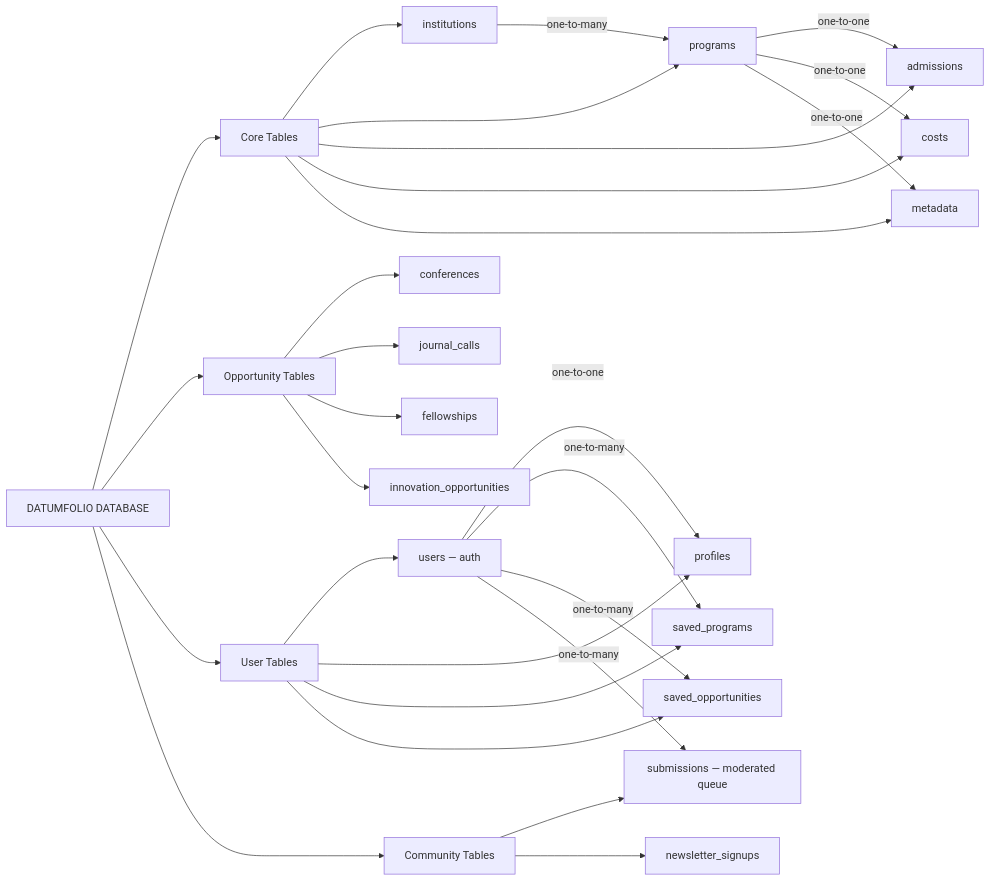
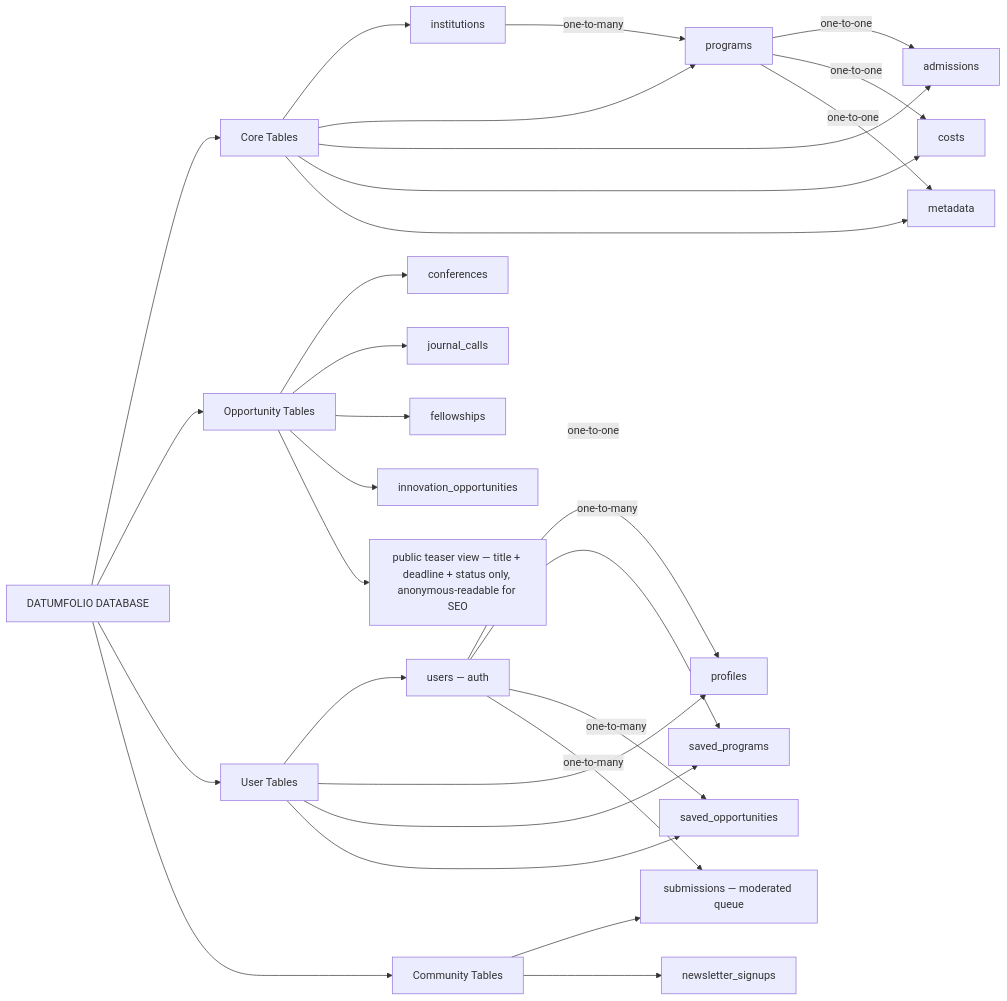
One commit to zeshan67/DatumFolio changed the second of 4 diagrams in PRD.md. Above: the diagram before and after it, drawn with Mermaid. The commit also changed other lines of this file, not shown here.

````diff
--- a/PRD.md
+++ b/PRD.md
@@ -399,39 +403,40 @@
 ```mermaid
 flowchart LR
     DB[DATUMFOLIO DATABASE]
 
     DB --> CORE[Core Tables]
     DB --> OPP[Opportunity Tables]
     DB --> USER[User Tables]
     DB --> COMM[Community Tables]
 
     CORE --> INST[institutions]
     CORE --> PROG[programs]
     CORE --> ADM[admissions]
     CORE --> COST[costs]
     CORE --> META[metadata]
 
     INST -->|one-to-many| PROG
     PROG -->|one-to-one| ADM
     PROG -->|one-to-one| COST
     PROG -->|one-to-one| META
 
-    OPP --> CONF[conferences]
+   OPP --> CONF[conferences]
     OPP --> JOUR[journal_calls]
     OPP --> FELL[fellowships]
     OPP --> INNO[innovation_opportunities]
+    OPP --> PUB[public teaser view — title + deadline + status only, anonymous-readable for SEO]
 
     USER --> AUTH[users — auth]
     USER --> PROF[profiles]
     USER --> SP[saved_programs]
     USER --> SO[saved_opportunities]
 
     AUTH -->|one-to-one| PROF
     AUTH -->|one-to-many| SP
     AUTH -->|one-to-many| SO
 
     COMM --> SUB[submissions — moderated queue]
     COMM --> NL[newsletter_signups]
 
     AUTH -->|one-to-many| SUB
 ```
````
